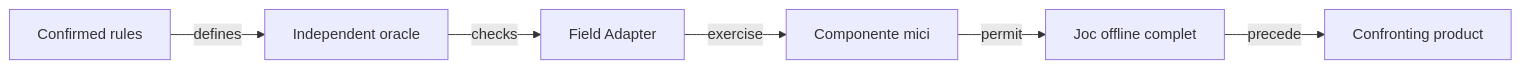
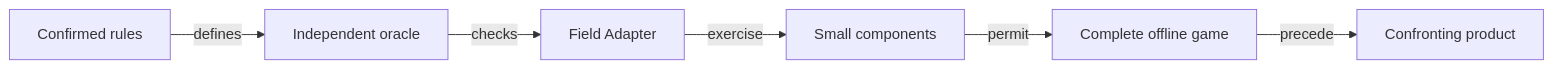
The diagram in docs/learning/ATF_GameTransfer.md (crististefanita/atf_j4), drawn with Mermaid before and after one commit. The commit also changed other lines of this file and 126 other files, not shown here.

````diff
--- a/docs/learning/ATF_GameTransfer.md
+++ b/docs/learning/ATF_GameTransfer.md
@@ -26,8 +26,8 @@
 ```mermaid
 flowchart LR
     SPEC[Confirmed rules] -->|defines| ORACLE[Independent oracle]
     ORACLE -->|checks| ADAPTER[Field Adapter]
-    ADAPTER -->|exercise| CASES[Componente mici]
-    CASES -->|permit| LOOP[Joc offline complet]
+    ADAPTER -->|exercise| CASES[Small components]
+    CASES -->|permit| LOOP[Complete offline game]
     LOOP -->|precede| REAL[Confronting product]
 ```
````
